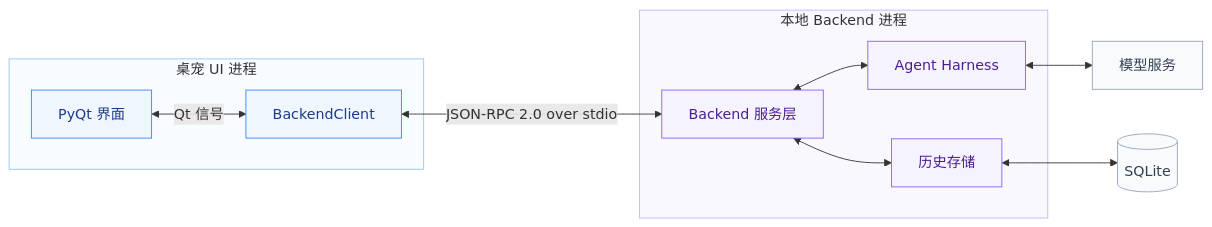
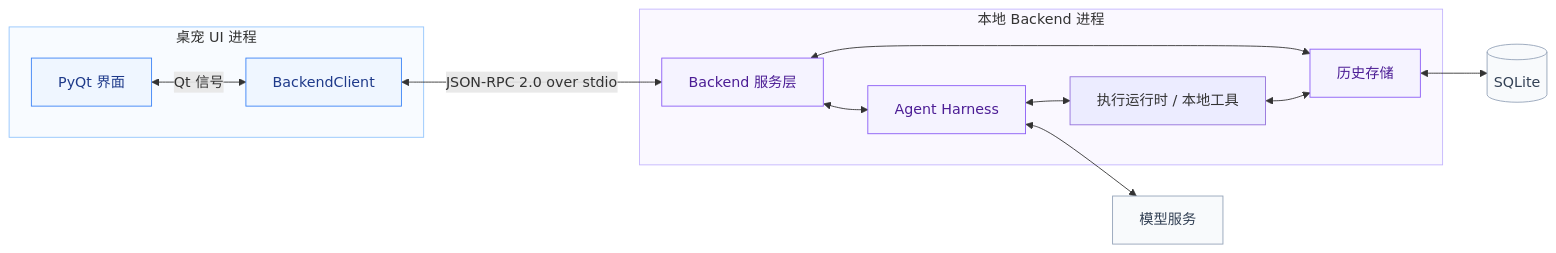
One commit to yichenj/olivia-lin-desktop-pet changed the diagram in docs/AGENT_BACKEND.md. Above: the diagram before and after it, drawn with Mermaid. The commit also changed other lines of this file and 29 other files, not shown here.

````diff
--- a/docs/AGENT_BACKEND.md
+++ b/docs/AGENT_BACKEND.md
@@ -19,31 +19,34 @@
 ```mermaid
 flowchart LR
     subgraph UIProcess["桌宠 UI 进程"]
         UI["PyQt 界面"]
         Client["BackendClient"]
         UI <-->|"Qt 信号"| Client
     end
 
     subgraph BackendProcess["本地 Backend 进程"]
         Service["Backend 服务层"]
         Harness["Agent Harness"]
         Store["历史存储"]
         Service <--> Harness
+        Runtime["执行运行时 / 本地工具"]
+        Harness <--> Runtime
+        Runtime <--> Store
         Service <--> Store
     end
 
     DB[("SQLite")]
     Model["模型服务"]
     Client <-->|"JSON-RPC 2.0 over stdio"| Service
     Store <--> DB
     Harness <--> Model
 
     classDef frontend fill:#eff6ff,stroke:#3b82f6,color:#1e3a8a
     classDef backend fill:#f5f3ff,stroke:#8b5cf6,color:#4c1d95
     classDef external fill:#f8fafc,stroke:#94a3b8,color:#334155
     class UI,Client frontend
     class Service,Harness,Store backend
     class DB,Model external
     style UIProcess fill:#f8fbff,stroke:#93c5fd
     style BackendProcess fill:#faf8ff,stroke:#c4b5fd
 ```
````
